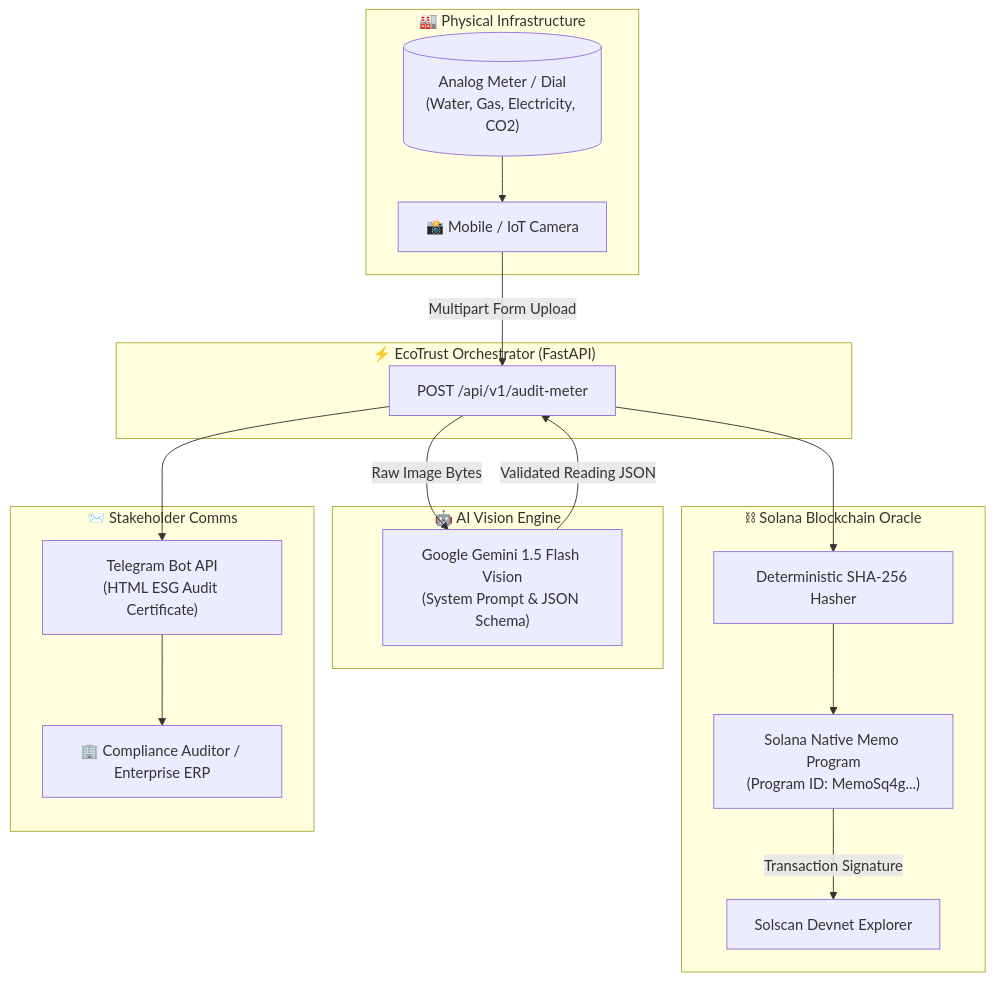
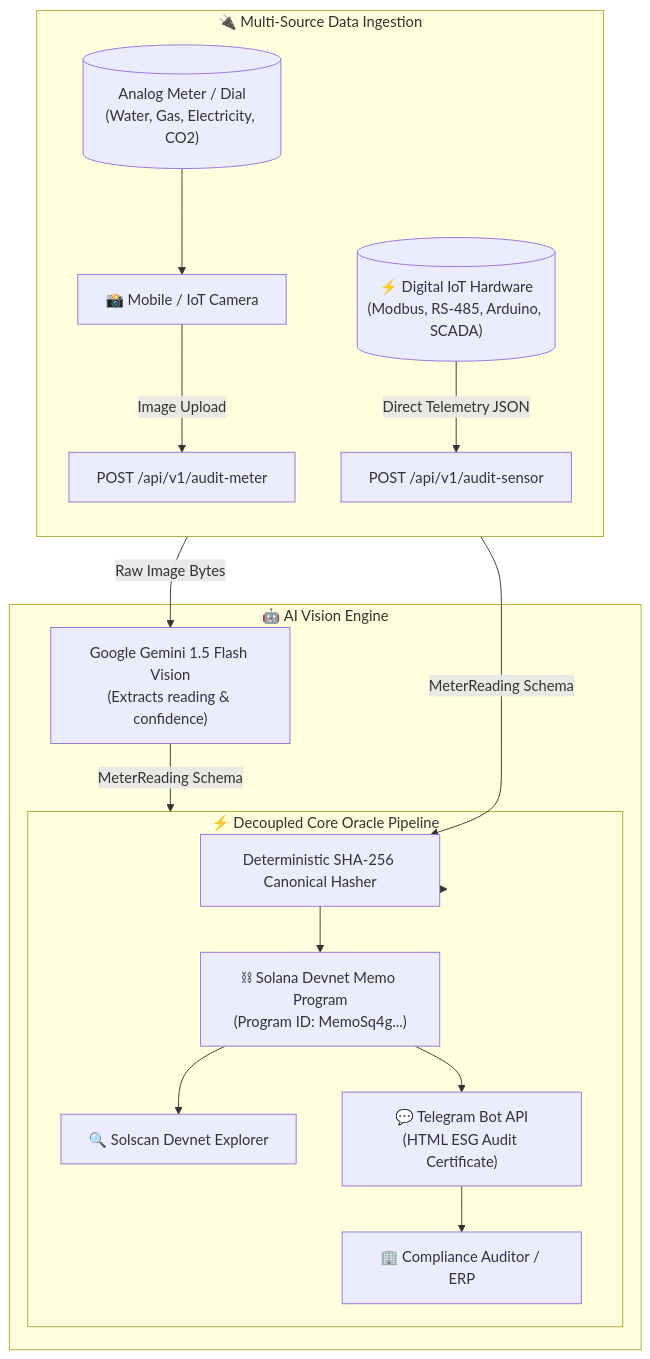
The diagram in README.md (DiegoBarreras/EcoTrustOracle), drawn with Mermaid before and after one commit. The commit also changed other lines of this file and 6 other files, not shown here.

Commit message:
feat: add multi-source ingestion support with direct IoT sensor endpoint

````diff
--- a/README.md
+++ b/README.md
@@ -33,35 +33,25 @@
 ```mermaid
 flowchart TD
-    subgraph PhysicalWorld["🏭 Physical Infrastructure"]
-        M[("Analog Meter / Dial\n(Water, Gas, Electricity, CO2)")]
-        Cam["📸 Mobile / IoT Camera"]
-        M --> Cam
-    end
-
-    subgraph API["⚡ EcoTrust Orchestrator (FastAPI)"]
-        Endpoint["POST /api/v1/audit-meter"]
-        Cam -->|Multipart Form Upload| Endpoint
+    subgraph Ingestion["🔌 Multi-Source Data Ingestion"]
+        direction TB
+        M[("Analog Meter / Dial\n(Water, Gas, Electricity, CO2)")] --> Cam["📸 Mobile / IoT Camera"]
+        Cam -->|Image Upload| EpImage["POST /api/v1/audit-meter"]
+        
+        Sensor[("⚡ Digital IoT Hardware\n(Modbus, RS-485, Arduino, SCADA)")] -->|Direct Telemetry JSON| EpSensor["POST /api/v1/audit-sensor"]
     end
 
     subgraph AI["🤖 AI Vision Engine"]
-        Gemini["Google Gemini 1.5 Flash Vision\n(System Prompt & JSON Schema)"]
-        Endpoint -->|Raw Image Bytes| Gemini
-        Gemini -->|Validated Reading JSON| Endpoint
+        Gemini["Google Gemini 1.5 Flash Vision\n(Extracts reading & confidence)"]
+        EpImage -->|Raw Image Bytes| Gemini
+        Gemini -->|MeterReading Schema| CoreBus
     end
 
-    subgraph Web3["⛓ Solana Blockchain Oracle"]
-        Hasher["Deterministic SHA-256 Hasher"]
-        MemoTx["Solana Native Memo Program\n(Program ID: MemoSq4g...)"]
-        Solscan["Solscan Devnet Explorer"]
-        Endpoint --> Hasher
-        Hasher --> MemoTx
-        MemoTx -->|Transaction Signature| Solscan
-    end
-
-    subgraph Notifier["📨 Stakeholder Comms"]
-        TG["Telegram Bot API\n(HTML ESG Audit Certificate)"]
-        Auditor["🏢 Compliance Auditor / Enterprise ERP"]
-        Endpoint --> TG
-        TG --> Auditor
+    subgraph CoreBus["⚡ Decoupled Core Oracle Pipeline"]
+        EpSensor -->|MeterReading Schema| Hasher
+        CoreBus --> Hasher["Deterministic SHA-256 Canonical Hasher"]
+        Hasher --> Web3["⛓ Solana Devnet Memo Program\n(Program ID: MemoSq4g...)"]
+        Web3 --> Solscan["🔍 Solscan Devnet Explorer"]
+        Web3 --> TG["💬 Telegram Bot API\n(HTML ESG Audit Certificate)"]
+        TG --> Auditor["🏢 Compliance Auditor / ERP"]
     end
 ```
````
